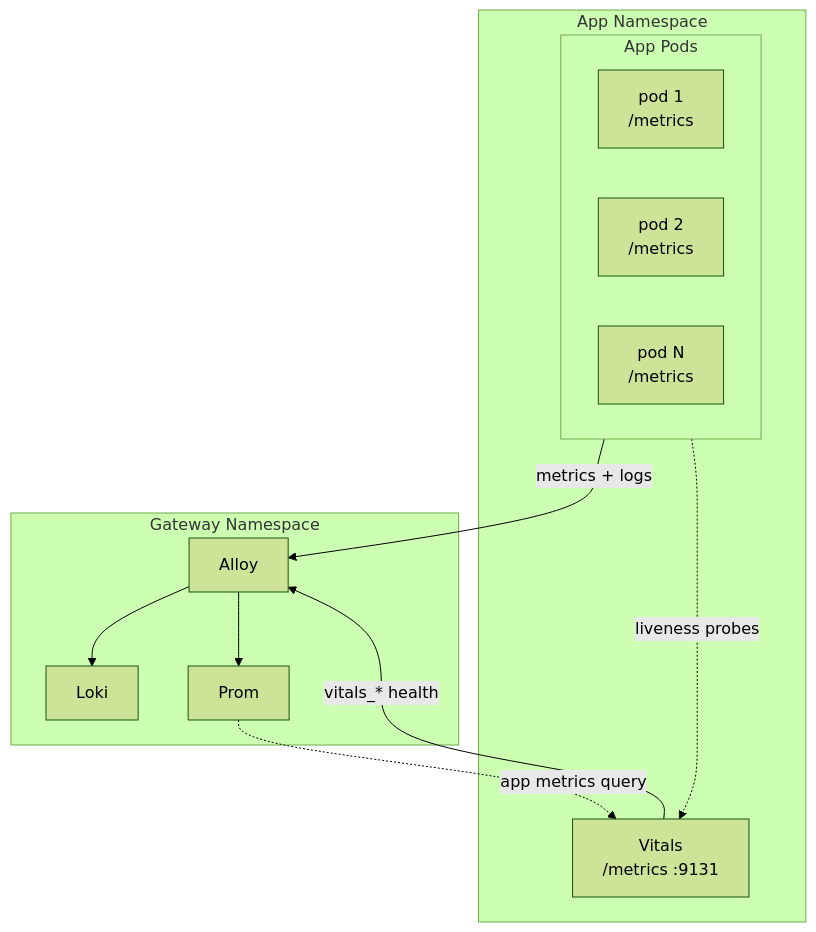
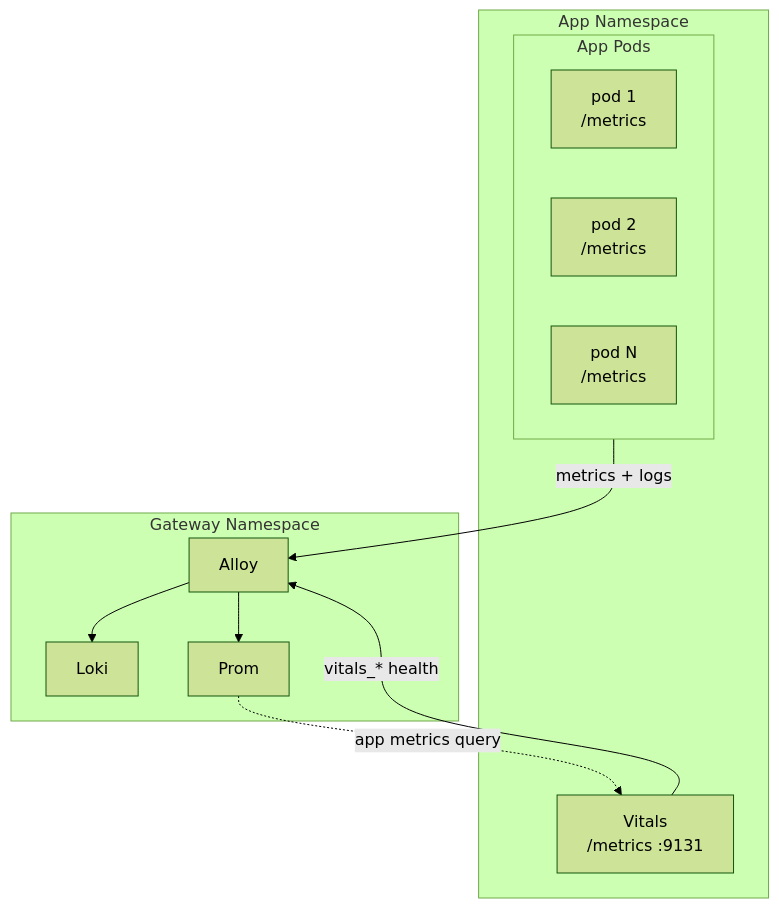
Before and after one commit to Kord96/kordinate: the first of 2 diagrams in docs/reference/patterns/observability-contract.md, drawn with Mermaid (forest theme). The commit also changed other lines of this file, not shown here.

First line of the commit message:
docs: remove direct liveness probes from observability contract [scribe]

````diff
--- a/docs/reference/patterns/observability-contract.md
+++ b/docs/reference/patterns/observability-contract.md
@@ -7,20 +7,19 @@
 ```mermaid
 flowchart TB
     subgraph ns[App Namespace]
         subgraph pods[App Pods]
             P1[pod 1<br/>/metrics]
             P2[pod 2<br/>/metrics]
             PN[pod N<br/>/metrics]
         end
         VIT[Vitals<br/>/metrics :9131]
     end
 
     subgraph gw[Gateway Namespace]
         AL[Alloy] --> LK[Loki] & PR[Prom]
     end
 
     pods -->|metrics + logs| AL
     VIT -->|vitals_* health| AL
     PR -.->|app metrics query| VIT
-    pods -.->|liveness probes| VIT
 ```
````
